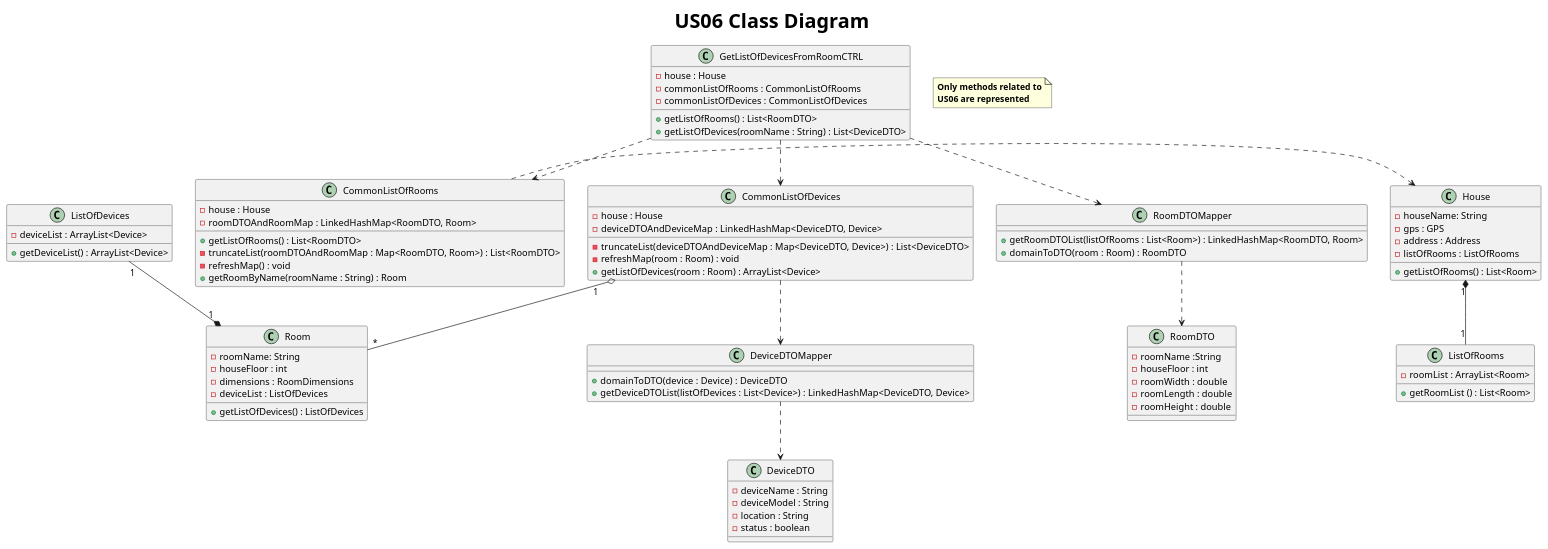
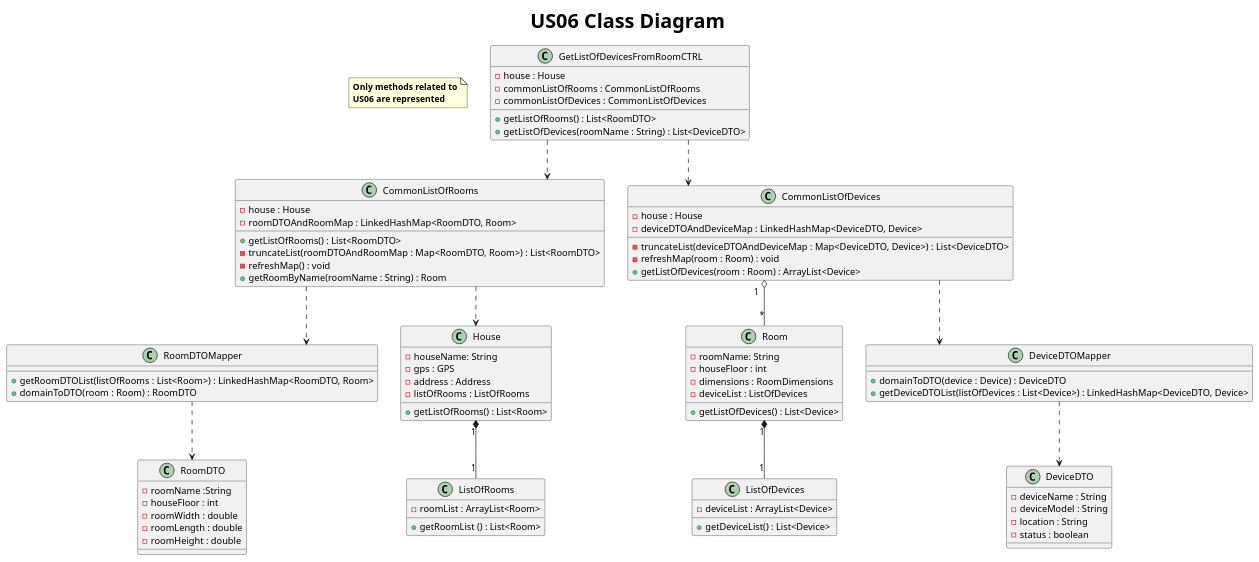
Before and after one commit to AfonsoNeves77/smartHouse: the diagram in Docs/US06/S3US06ClassDiagram.puml, drawn with PlantUML.

Commit message:
Updated US06 class diagram.

```diff
--- a/Docs/US06/S3US06ClassDiagram.puml
+++ b/Docs/US06/S3US06ClassDiagram.puml
@@ -1,101 +1,102 @@
 @startuml
        title <size: 30> US06 Class Diagram
 
-note "<b>Only methods related to\n<b>US06 are represented" as N1
+note "<b>Only methods related to\n<b>US06 are represented" as N1
+skinparam linetype ortho
 
        class CommonListOfRooms{
            - house : House
            -roomDTOAndRoomMap : LinkedHashMap<RoomDTO, Room>
 
            + getListOfRooms() : List<RoomDTO>
            - truncateList(roomDTOAndRoomMap : Map<RoomDTO, Room>) : List<RoomDTO>
            - refreshMap() : void
            + getRoomByName(roomName : String) : Room
        }
 
        class RoomDTO{
            - roomName :String
            - houseFloor : int
            - roomWidth : double
            - roomLength : double
            - roomHeight : double
        }
 
        class RoomDTOMapper{
            + getRoomDTOList(listOfRooms : List<Room>) : LinkedHashMap<RoomDTO, Room>
            + domainToDTO(room : Room) : RoomDTO
        }
 
        class House {
            - houseName: String
            - gps : GPS
            - address : Address
            - listOfRooms : ListOfRooms
 
            + getListOfRooms() : List<Room>
        }
 
        class ListOfRooms{
            - roomList : ArrayList<Room>
            + getRoomList () : List<Room>
        }
 
        class Room {
            - roomName: String
            - houseFloor : int
            - dimensions : RoomDimensions
            - deviceList : ListOfDevices
-           + getListOfDevices() : ListOfDevices
+           + getListOfDevices() : List<Device>
        }
 
        class ListOfDevices{
            - deviceList : ArrayList<Device>
-           + getDeviceList() : ArrayList<Device>
+           + getDeviceList() : List<Device>
        }
 
        class CommonListOfDevices{
            - house : House
            - deviceDTOAndDeviceMap : LinkedHashMap<DeviceDTO, Device>
 
            - truncateList(deviceDTOAndDeviceMap : Map<DeviceDTO, Device>) : List<DeviceDTO>
            - refreshMap(room : Room) : void
            + getListOfDevices(room : Room) : ArrayList<Device>
 
        }
 
        class DeviceDTOMapper{
            + domainToDTO(device : Device) : DeviceDTO
               + getDeviceDTOList(listOfDevices : List<Device>) : LinkedHashMap<DeviceDTO, Device>
        }
 
        class GetListOfDevicesFromRoomCTRL{
            - house : House
            - commonListOfRooms : CommonListOfRooms
            - commonListOfDevices : CommonListOfDevices
 
            + getListOfRooms() : List<RoomDTO>
            + getListOfDevices(roomName : String) : List<DeviceDTO>
 
        }
 
        class DeviceDTO{
            - deviceName : String
            - deviceModel : String
            - location : String
            - status : boolean
            }
 
 
 
        GetListOfDevicesFromRoomCTRL ..> CommonListOfRooms
-       GetListOfDevicesFromRoomCTRL ..> RoomDTOMapper
+       CommonListOfRooms ..> RoomDTOMapper
        RoomDTOMapper ..> RoomDTO
-       CommonListOfRooms -left..> House
+       CommonListOfRooms -down.> House
        House "1" *-- "1" ListOfRooms
        CommonListOfDevices "1" o-- "*" Room
-       Room "1" *--up "1" ListOfDevices
+       Room "1" *-- "1" ListOfDevices
        GetListOfDevicesFromRoomCTRL ..> CommonListOfDevices
        CommonListOfDevices ..> DeviceDTOMapper
        DeviceDTOMapper ..> DeviceDTO
 
        @enduml
```
